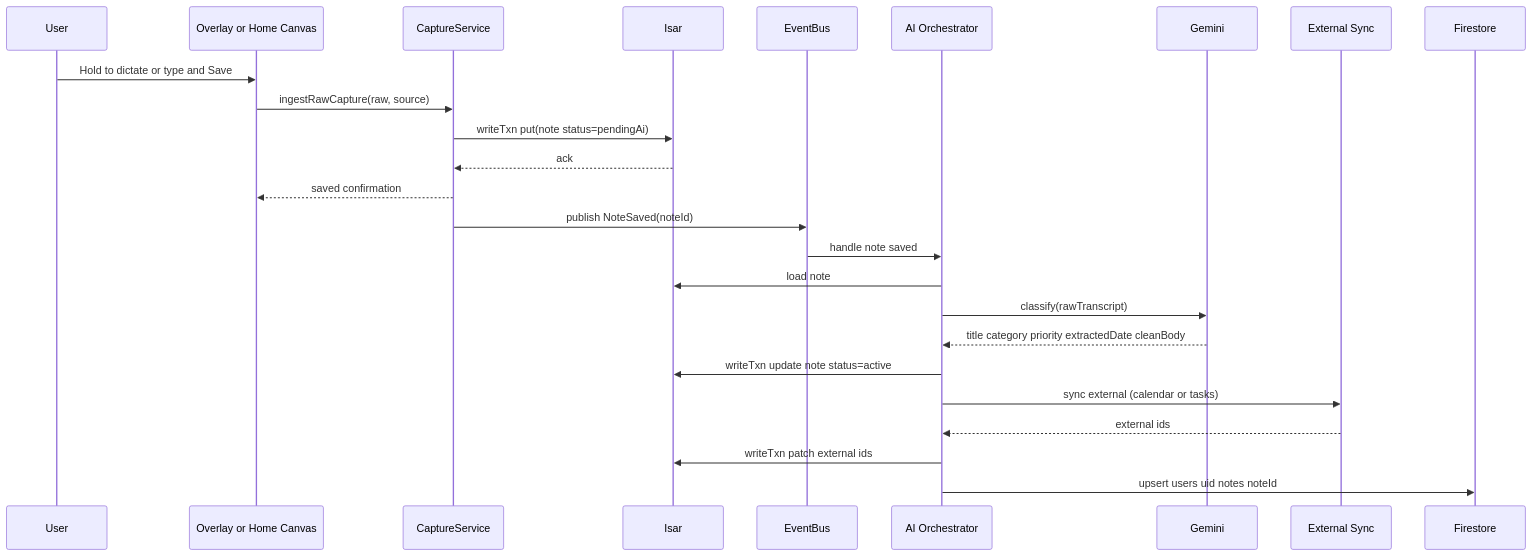
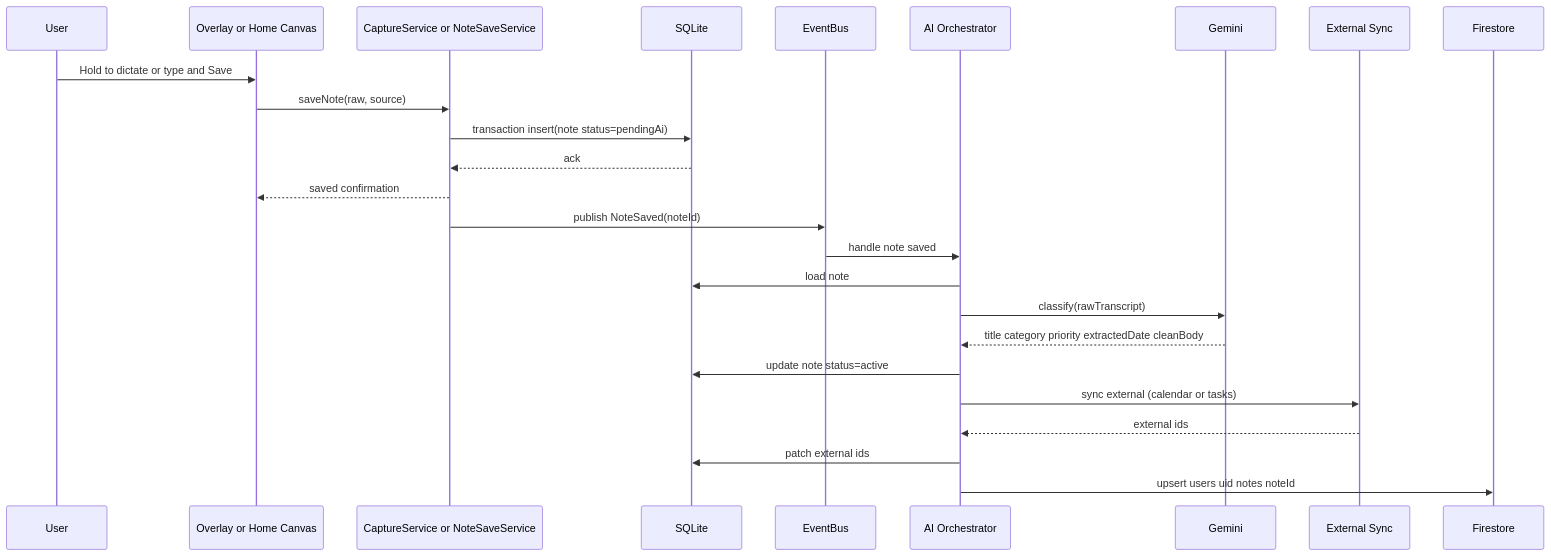
The second of 4 diagrams in ARCHITECTURE.md (Adarshv0524/wishperlog), drawn with Mermaid before and after one commit. The commit also changed other lines of this file and 47 other files, not shown here.

````diff
--- a/ARCHITECTURE.md
+++ b/ARCHITECTURE.md
@@ -101,28 +137,28 @@
 ```mermaid
 sequenceDiagram
   participant U as User
   participant O as Overlay or Home Canvas
-  participant C as CaptureService
-  participant I as Isar
+  participant C as CaptureService or NoteSaveService
+  participant S as SQLite
   participant E as EventBus
   participant A as AI Orchestrator
   participant G as Gemini
   participant X as External Sync
   participant F as Firestore
 
   U->>O: Hold to dictate or type and Save
-  O->>C: ingestRawCapture(raw, source)
-  C->>I: writeTxn put(note status=pendingAi)
-  I-->>C: ack
+  O->>C: saveNote(raw, source)
+  C->>S: transaction insert(note status=pendingAi)
+  S-->>C: ack
   C-->>O: saved confirmation
   C->>E: publish NoteSaved(noteId)
   E->>A: handle note saved
-  A->>I: load note
+  A->>S: load note
   A->>G: classify(rawTranscript)
   G-->>A: title category priority extractedDate cleanBody
-  A->>I: writeTxn update note status=active
+  A->>S: update note status=active
   A->>X: sync external (calendar or tasks)
   X-->>A: external ids
-  A->>I: writeTxn patch external ids
+  A->>S: patch external ids
   A->>F: upsert users uid notes noteId
 ```
````
